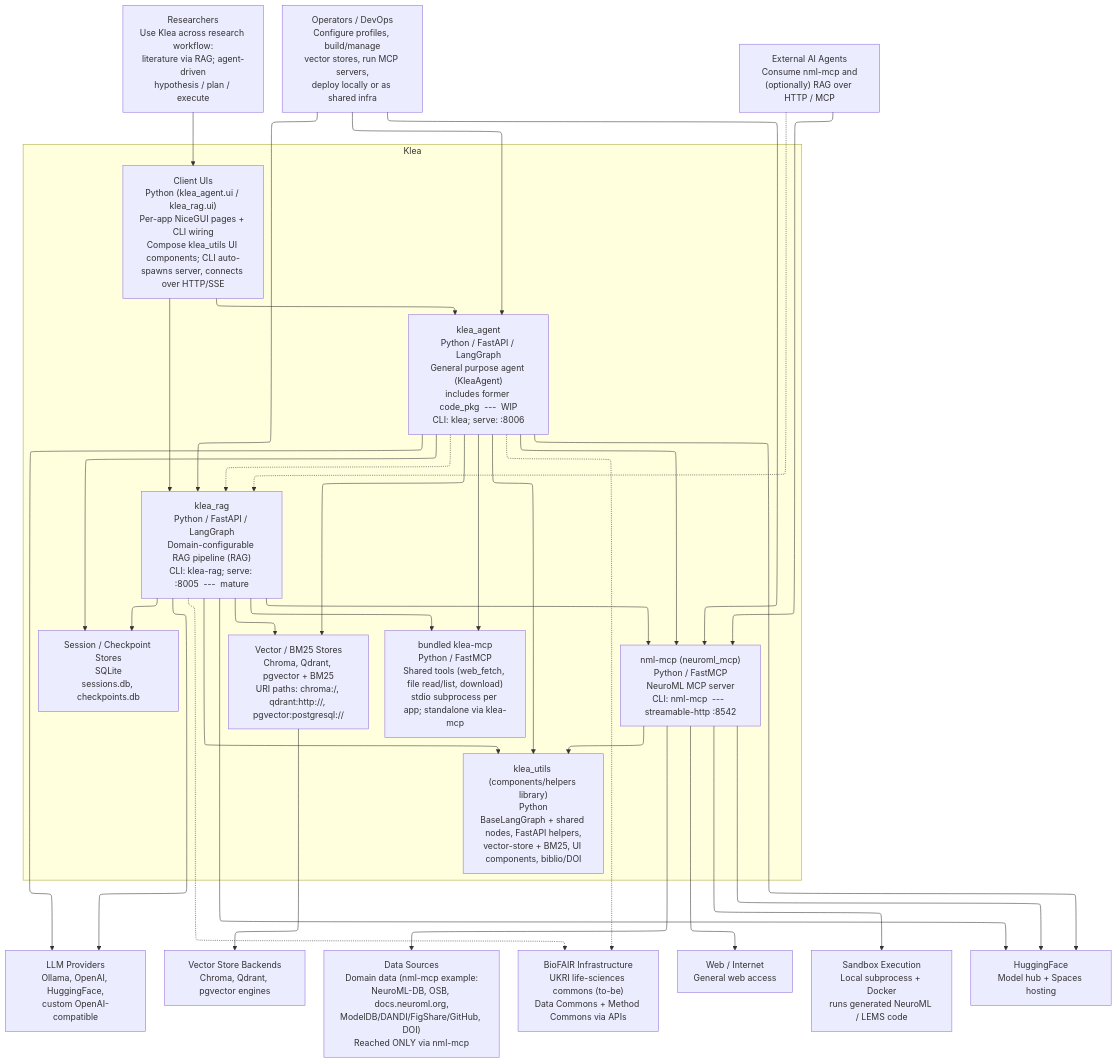
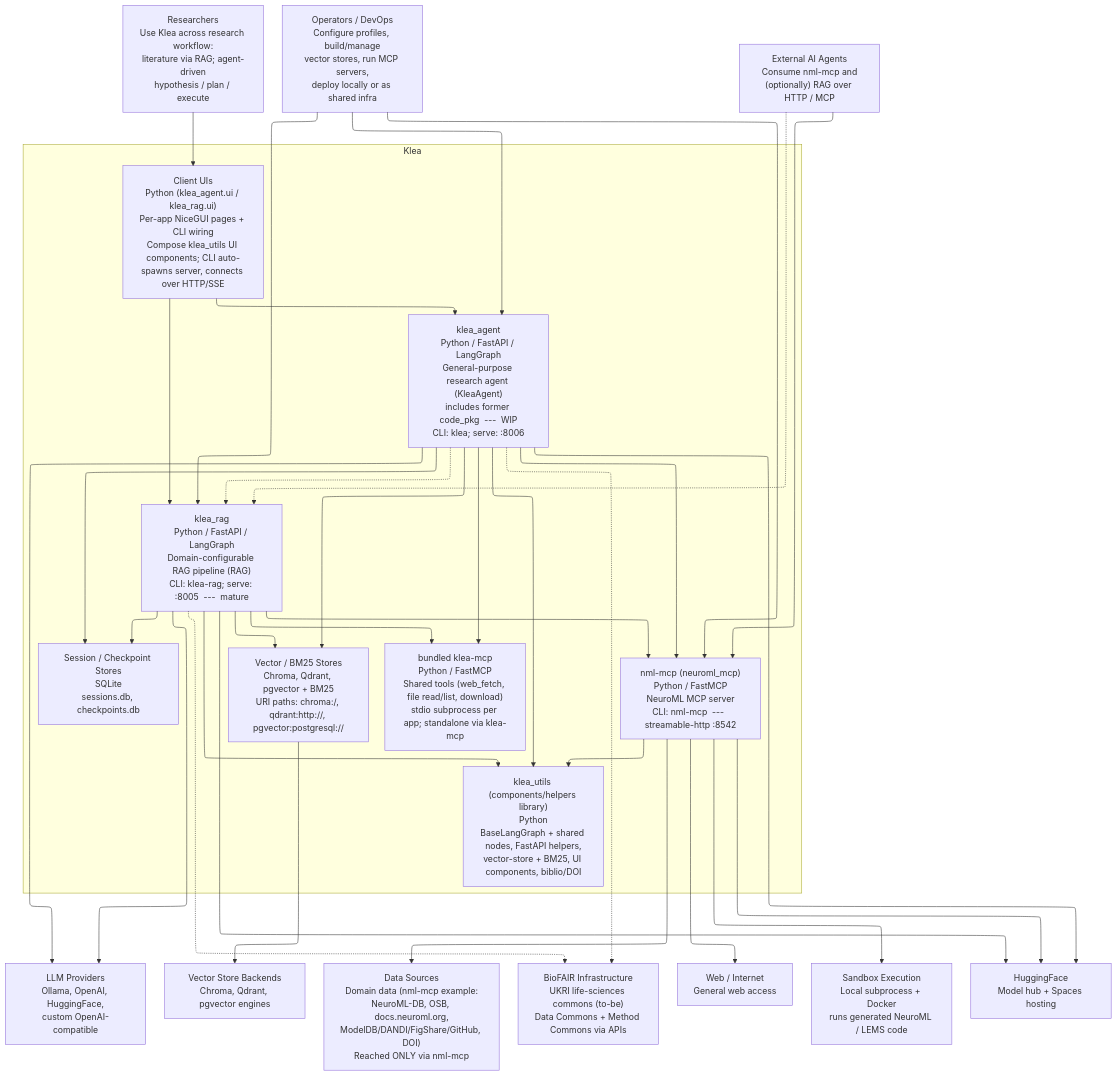
The diagram in devdocs/system/c4-container.md (NeuroML/klea), drawn with Mermaid before and after one commit. The commit also changed other lines of this file and 9 other files, not shown here.

````diff
--- a/devdocs/system/c4-container.md
+++ b/devdocs/system/c4-container.md
@@ -32,71 +32,71 @@
 ```mermaid
 ---
 config:
   layout: elk
   elk:
     mergeEdges: false
     nodeSpacing: 40
     rankSpacing: 60
 ---
 flowchart TB
 
     %% Persons
     researcher["Researchers<br/>Use Klea across research workflow:<br/>literature via RAG; agent-driven<br/>hypothesis / plan / execute"]
     devops["Operators / DevOps<br/>Configure profiles, build/manage<br/>vector stores, run MCP servers,<br/>deploy locally or as shared infra"]
     extagent["External AI Agents<br/>Consume nml-mcp and<br/>(optionally) RAG over HTTP / MCP"]
 
     %% Klea boundary
     subgraph Klea [Klea]
         direction TB
         ui["Client UIs<br/>Python (klea_agent.ui / klea_rag.ui)<br/>Per-app NiceGUI pages + CLI wiring<br/>Compose klea_utils UI components; CLI auto-spawns server, connects over HTTP/SSE"]
-        agent["klea_agent<br/>Python / FastAPI / LangGraph<br/>General purpose agent (KleaAgent)<br/>includes former code_pkg  ---  WIP<br/>CLI: klea; serve: :8006"]
+        agent["klea_agent<br/>Python / FastAPI / LangGraph<br/>General-purpose research agent (KleaAgent)<br/>includes former code_pkg  ---  WIP<br/>CLI: klea; serve: :8006"]
         rag["klea_rag<br/>Python / FastAPI / LangGraph<br/>Domain-configurable RAG pipeline (RAG)<br/>CLI: klea-rag; serve: :8005  ---  mature"]
         nmlmcp["nml-mcp (neuroml_mcp)<br/>Python / FastMCP<br/>NeuroML MCP server<br/>CLI: nml-mcp  ---  streamable-http :8542"]
         bundled["bundled klea-mcp<br/>Python / FastMCP<br/>Shared tools (web_fetch, file read/list, download)<br/>stdio subprocess per app; standalone via klea-mcp"]
         utils["klea_utils (components/helpers library)<br/>Python<br/>BaseLangGraph + shared nodes, FastAPI helpers,<br/>vector-store + BM25, UI components, biblio/DOI"]
         vstores["Vector / BM25 Stores<br/>Chroma, Qdrant, pgvector + BM25<br/>URI paths: chroma:/, qdrant:http://, pgvector:postgresql://"]
         sqlite["Session / Checkpoint Stores<br/>SQLite<br/>sessions.db, checkpoints.db"]
     end
 
     %% External systems
     llm["LLM Providers<br/>Ollama, OpenAI, HuggingFace,<br/>custom OpenAI-compatible"]
     vbackends["Vector Store Backends<br/>Chroma, Qdrant, pgvector engines"]
     datasources["Data Sources<br/>Domain data (nml-mcp example:<br/>NeuroML-DB, OSB, docs.neuroml.org,<br/>ModelDB/DANDI/FigShare/GitHub, DOI)<br/>Reached ONLY via nml-mcp"]
     biofair["BioFAIR Infrastructure<br/>UKRI life-sciences commons (to-be)<br/>Data Commons + Method Commons via APIs"]
     web["Web / Internet<br/>General web access"]
     sandbox["Sandbox Execution<br/>Local subprocess + Docker<br/>runs generated NeuroML / LEMS code"]
     hf["HuggingFace<br/>Model hub + Spaces hosting"]
 
     %% Core interactions
     researcher --> ui
     devops --> agent
     devops --> rag
     devops --> nmlmcp
     extagent --> nmlmcp
     extagent -.-> rag
     ui --> agent
     ui --> rag
     agent --> bundled
     rag --> bundled
     agent --> nmlmcp
     rag --> nmlmcp
     agent -.-> rag
     agent --> vstores
     rag --> vstores
     agent --> llm
     rag --> llm
     agent --> sqlite
     rag --> sqlite
     agent --> utils
     rag --> utils
     nmlmcp --> utils
     vstores --> vbackends
     nmlmcp --> datasources
     nmlmcp --> web
     nmlmcp --> sandbox
     agent -.-> biofair
     rag -.-> biofair
     agent --> hf
     rag --> hf
     nmlmcp --> hf
 ```
````
